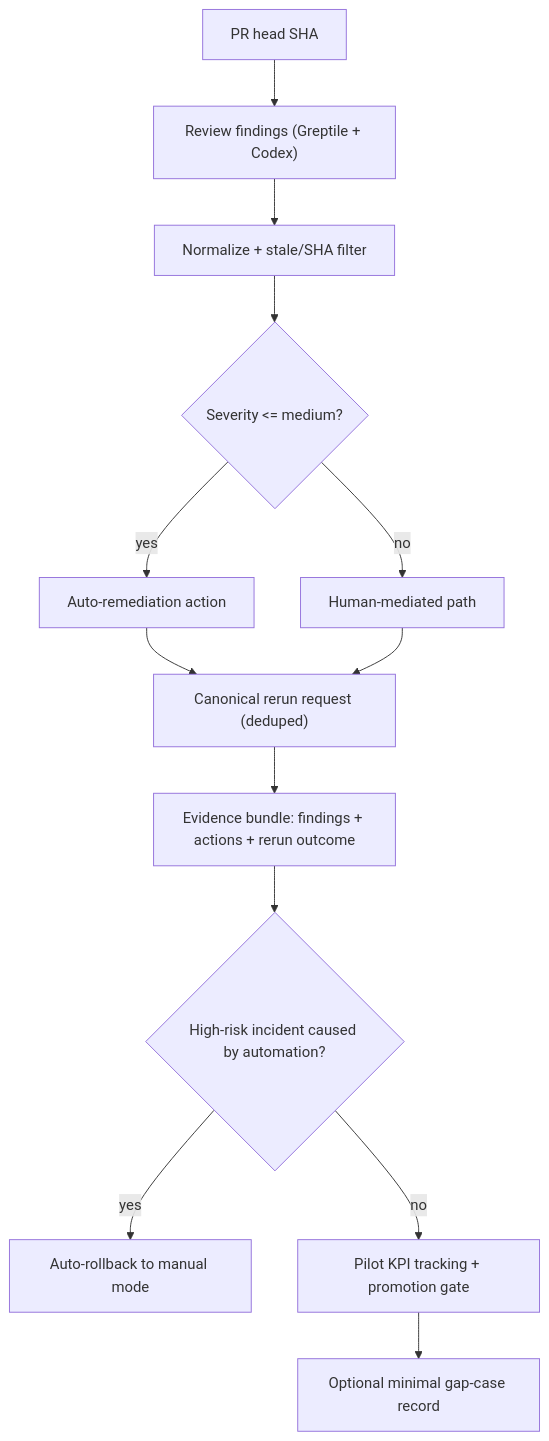
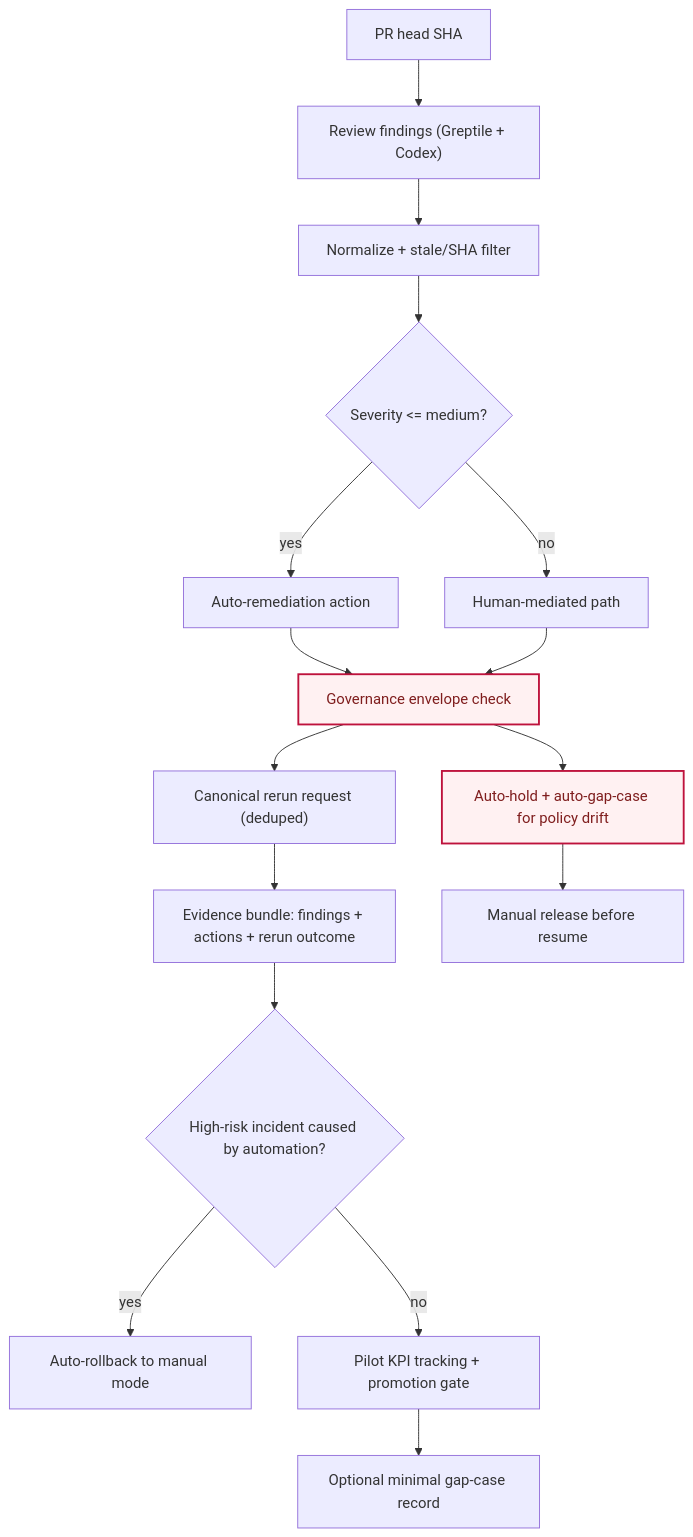
One commit to jscraik/coding-harness changed the diagram in docs/plans/2026-02-25-feat-agent-first-throughput-v1-pilot-plan.md. Above: the diagram before and after it, drawn with Mermaid. The commit also changed other lines of this file, not shown here.

First line of the commit message:
docs: add governance envelope in pilot plan

````diff
--- a/docs/plans/2026-02-25-feat-agent-first-throughput-v1-pilot-plan.md
+++ b/docs/plans/2026-02-25-feat-agent-first-throughput-v1-pilot-plan.md
@@ -424,15 +426,21 @@
 ```mermaid
 flowchart TD
   A["PR head SHA"] --> B["Review findings (Greptile + Codex)"]
   B --> C["Normalize + stale/SHA filter"]
   C --> D{"Severity <= medium?"}
   D -- yes --> E["Auto-remediation action"]
   D -- no --> F["Human-mediated path"]
-  E --> G["Canonical rerun request (deduped)"]
+  E --> G["Governance envelope check"]
   F --> G
-  G --> H["Evidence bundle: findings + actions + rerun outcome"]
-  H --> I{"High-risk incident caused by automation?"}
-  I -- yes --> J["Auto-rollback to manual mode"]
-  I -- no --> K["Pilot KPI tracking + promotion gate"]
-  K --> L["Optional minimal gap-case record"]
+  G --> H["Canonical rerun request (deduped)"]
+  H --> I["Evidence bundle: findings + actions + rerun outcome"]
+  I --> J{"High-risk incident caused by automation?"}
+  J -- yes --> K["Auto-rollback to manual mode"]
+  J -- no --> L["Pilot KPI tracking + promotion gate"]
+  L --> M["Optional minimal gap-case record"]
+  G --> N["Auto-hold + auto-gap-case for policy drift"]
+  N --> O["Manual release before resume"]
+
+classDef safety fill:#fff1f2,stroke:#be123c,stroke-width:2px,color:#7f1d1d;
+class G,N safety
 ```
````
